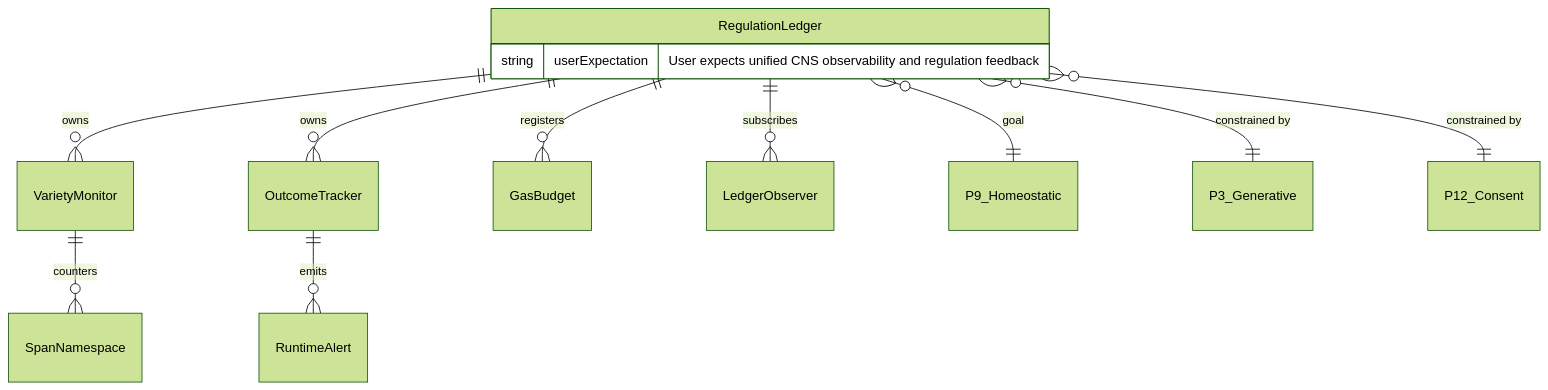
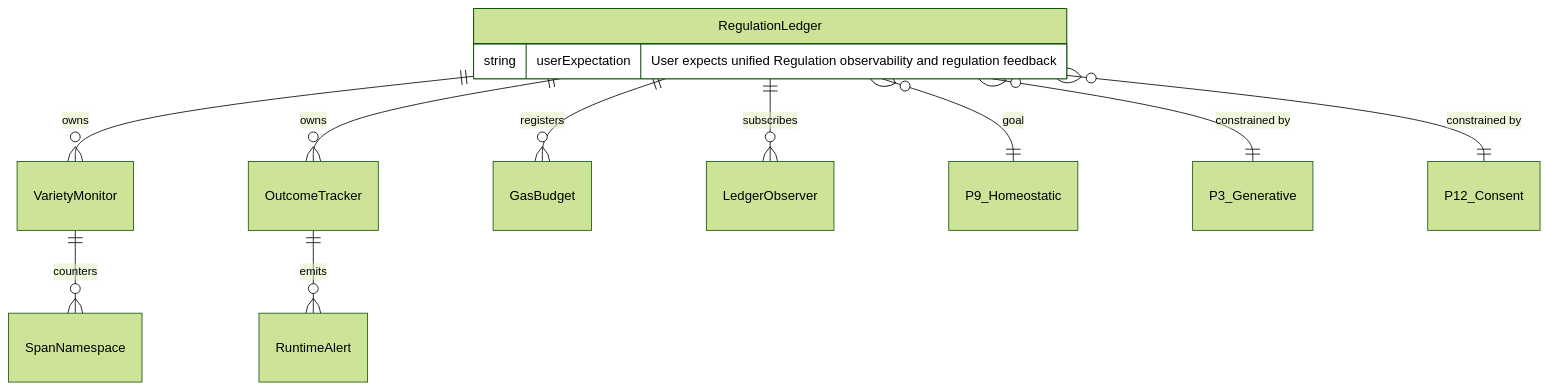
Before and after one commit to mdz-axo/hKask: the fifth of 14 diagrams in docs/architecture/core/FUNCTIONAL_SPECIFICATION.md, drawn with Mermaid (forest theme). The commit also changed other lines of this file and 68 other files, not shown here.

First line of the commit message:
Rename CNS to Regulation across docs

````diff
--- a/docs/architecture/core/FUNCTIONAL_SPECIFICATION.md
+++ b/docs/architecture/core/FUNCTIONAL_SPECIFICATION.md
@@ -426,15 +426,15 @@
 ```mermaid
 erDiagram
     RegulationLedger ||--o{ VarietyMonitor : "owns"
     RegulationLedger ||--o{ OutcomeTracker : "owns"
     RegulationLedger ||--o{ GasBudget : "registers"
     RegulationLedger ||--o{ LedgerObserver : "subscribes"
     VarietyMonitor ||--o{ SpanNamespace : "counters"
     OutcomeTracker ||--o{ RuntimeAlert : "emits"
     RegulationLedger }o--|| P9_Homeostatic : "goal"
     RegulationLedger }o--|| P3_Generative : "constrained by"
     RegulationLedger }o--|| P12_Consent : "constrained by"
     RegulationLedger {
-        string userExpectation "User expects unified CNS observability and regulation feedback"
+        string userExpectation "User expects unified Regulation observability and regulation feedback"
     }
 ```
````
